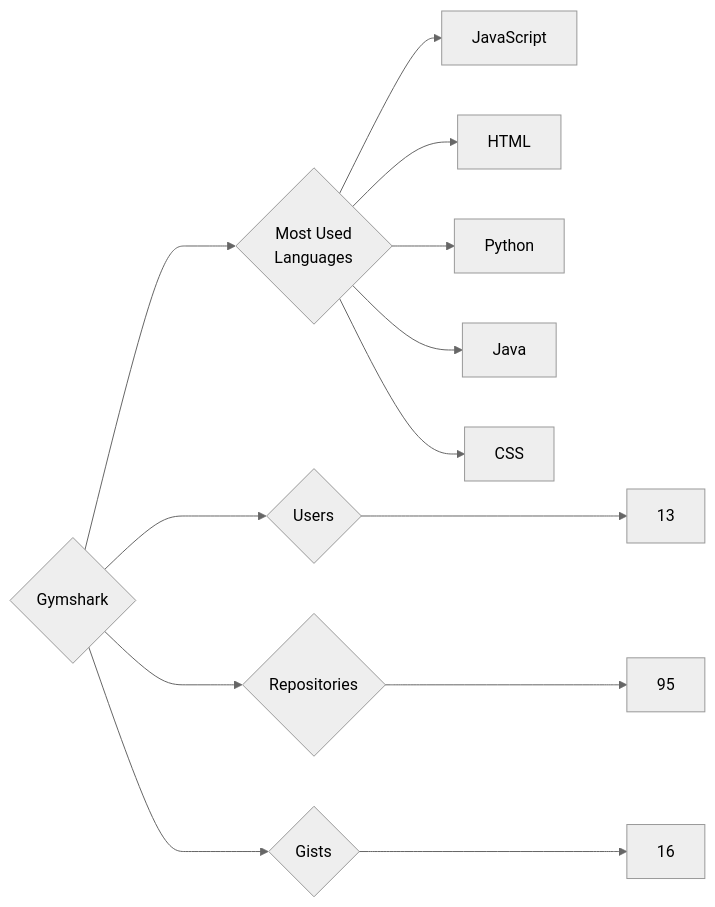
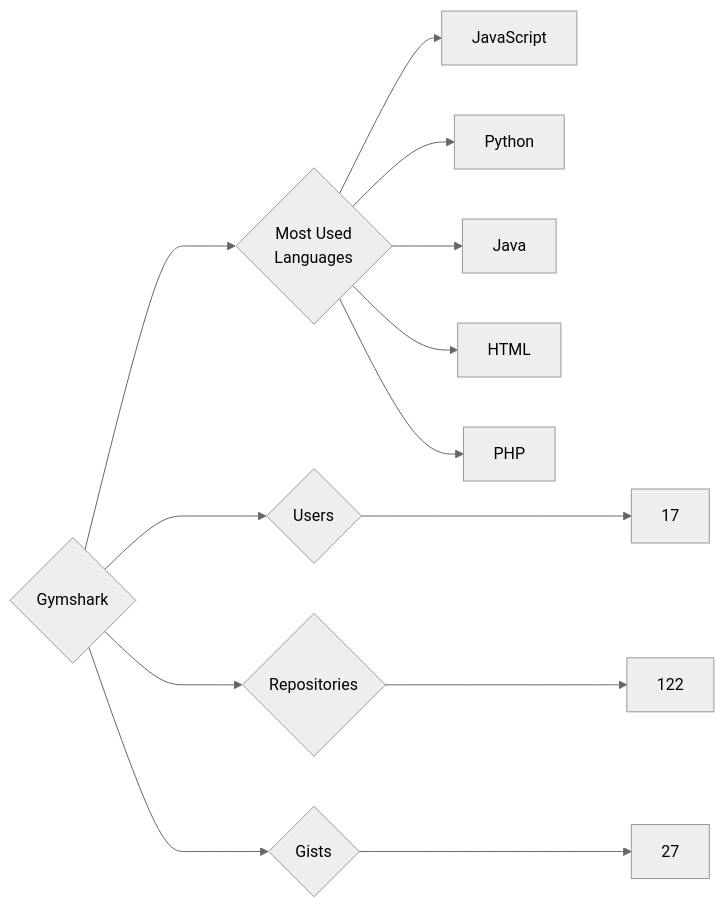
One commit to trickest/insiders changed the diagram in targets/Gymshark/README.md. Above: the diagram before and after it, drawn with Mermaid (neutral theme). The commit also changed 749 other files, not shown here.

````diff
--- a/targets/Gymshark/README.md
+++ b/targets/Gymshark/README.md
@@ -3,13 +3,13 @@
 ```mermaid
 graph LR
 COMPANY_NAME{Gymshark}
-COMPANY_NAME ---> U{Users} ---> UN[13]
-COMPANY_NAME ---> R{Repositories} ---> RN[95]
-COMPANY_NAME ---> G{Gists} ---> GN[16]
+COMPANY_NAME ---> U{Users} ---> UN[17]
+COMPANY_NAME ---> R{Repositories} ---> RN[122]
+COMPANY_NAME ---> G{Gists} ---> GN[27]
 COMPANY_NAME ---> ML{Most Used<br>Languages}
 ML --> JavaScript[JavaScript]
-ML --> HTML[HTML]
 ML --> Python[Python]
 ML --> Java[Java]
-ML --> CSS[CSS]
+ML --> HTML[HTML]
+ML --> PHP[PHP]
 ```
````
